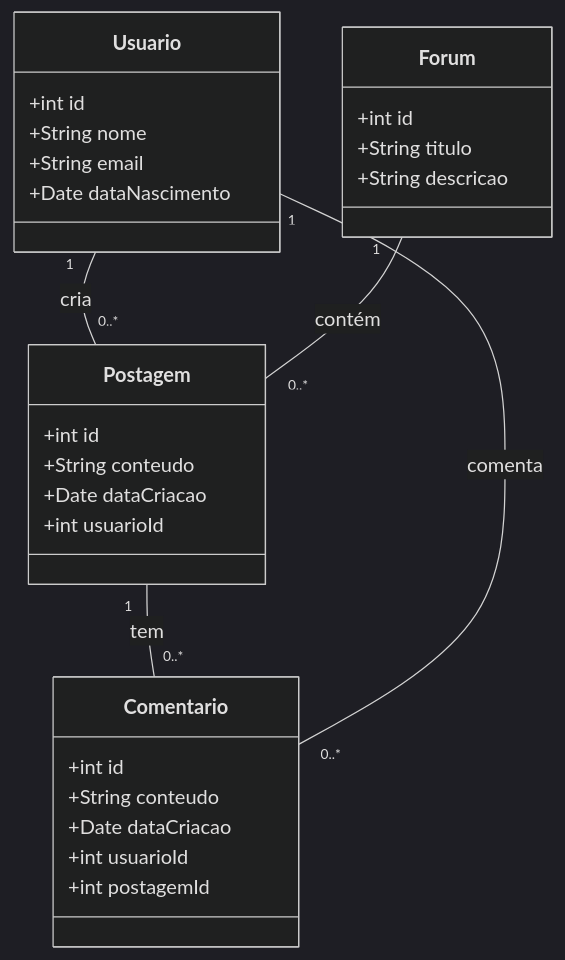
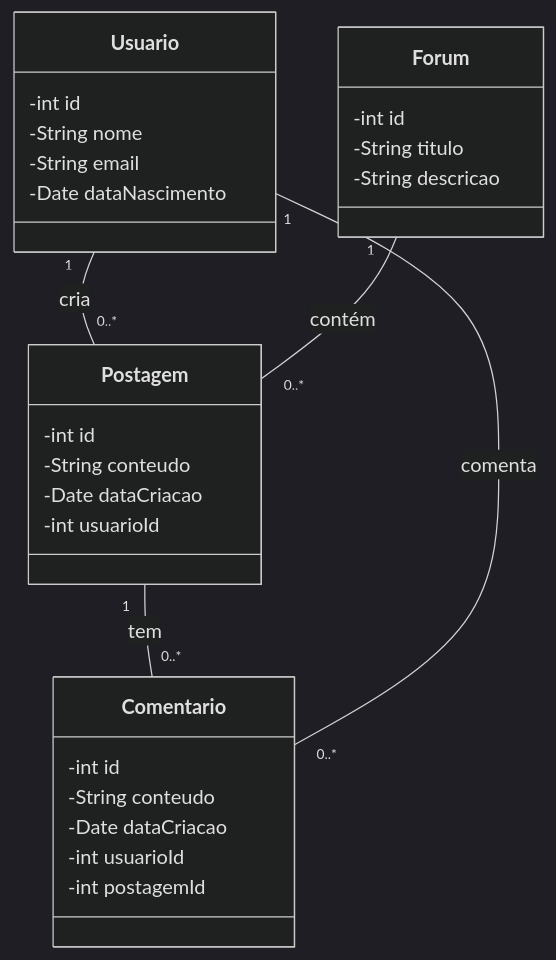
One commit to LucianoSegundo/DesafioDecolaTec2025 changed the diagram in README.md. Above: the diagram before and after it, drawn with Mermaid (dark theme).

Commit message:
atualização do readme

````diff
--- a/README.md
+++ b/README.md
@@ -14,39 +14,39 @@
 ```mermaid
 classDiagram
     class Usuario {
-        +int id
-        +String nome
-        +String email
-        +Date dataNascimento
+        -int id
+        -String nome
+        -String email
+        -Date dataNascimento
         
     }
 
     class Postagem {
-        +int id
-        +String conteudo
-        +Date dataCriacao
-        +int usuarioId
+        -int id
+        -String conteudo
+        -Date dataCriacao
+        -int usuarioId
        
     }
 
     class Forum {
-        +int id
-        +String titulo
-        +String descricao
+        -int id
+        -String titulo
+        -String descricao
         
     }
 
     class Comentario {
-        +int id
-        +String conteudo
-        +Date dataCriacao
-        +int usuarioId
-        +int postagemId
+        -int id
+        -String conteudo
+        -Date dataCriacao
+        -int usuarioId
+        -int postagemId
         
     }
 
     Usuario "1" -- "0..*" Postagem : cria
     Postagem "1" -- "0..*" Comentario : tem
     Forum "1" -- "0..*" Postagem : contém
     Usuario "1" -- "0..*" Comentario : comenta
  ```   
````
